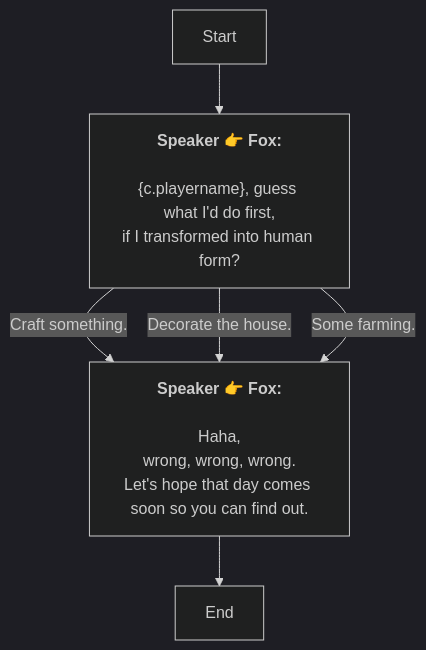
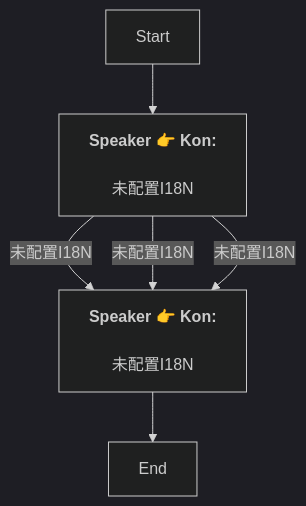
The diagram in En/AddDialogNode_1738541867360458.md (SoftHu/tos_avg), drawn with Mermaid (dark theme) before and after one commit. The commit also changed 730 other files, not shown here.

````diff
--- a/En/AddDialogNode_1738541867360458.md
+++ b/En/AddDialogNode_1738541867360458.md
@@ -1,20 +1,13 @@
 ```mermaid
 graph
-Start -->1738541912862925[<b>Speaker 👉 Fox:</b>
-\n&lbrace;c.playername&rbrace;, guess what I'd do first,
-if I transformed into human form?]
-1738541912862925 -->|Craft something.|1738542038299861[<b>Speaker 👉 Fox:</b>
-\nHaha,
-wrong, wrong, wrong.
-Let's hope that day comes soon so you can find out.]
-1738541912862925 -->|Decorate the house.|1738542038299861[<b>Speaker 👉 Fox:</b>
-\nHaha,
-wrong, wrong, wrong.
-Let's hope that day comes soon so you can find out.]
-1738541912862925 -->|Some farming.|1738542038299861[<b>Speaker 👉 Fox:</b>
-\nHaha,
-wrong, wrong, wrong.
-Let's hope that day comes soon so you can find out.]
+Start -->1738541912862925[<b>Speaker 👉 Kon:</b>
+\n未配置I18N]
+1738541912862925 -->|未配置I18N|1738542038299861[<b>Speaker 👉 Kon:</b>
+\n未配置I18N]
+1738541912862925 -->|未配置I18N|1738542038299861[<b>Speaker 👉 Kon:</b>
+\n未配置I18N]
+1738541912862925 -->|未配置I18N|1738542038299861[<b>Speaker 👉 Kon:</b>
+\n未配置I18N]
 1738542038299861 -->1738542067698902[End]
 
 ```
````
